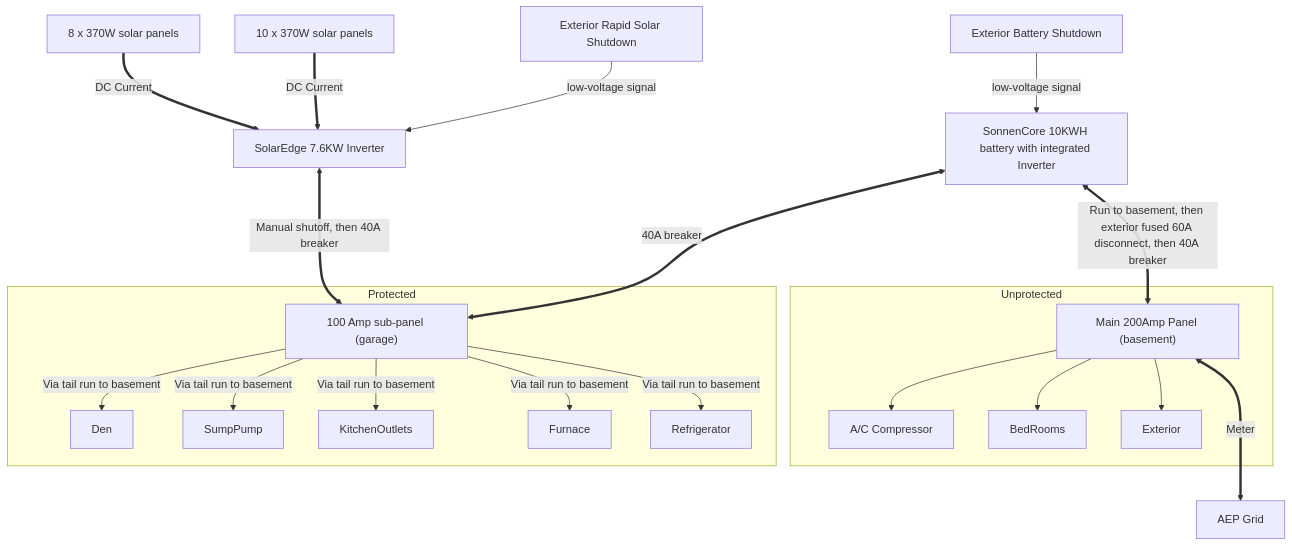
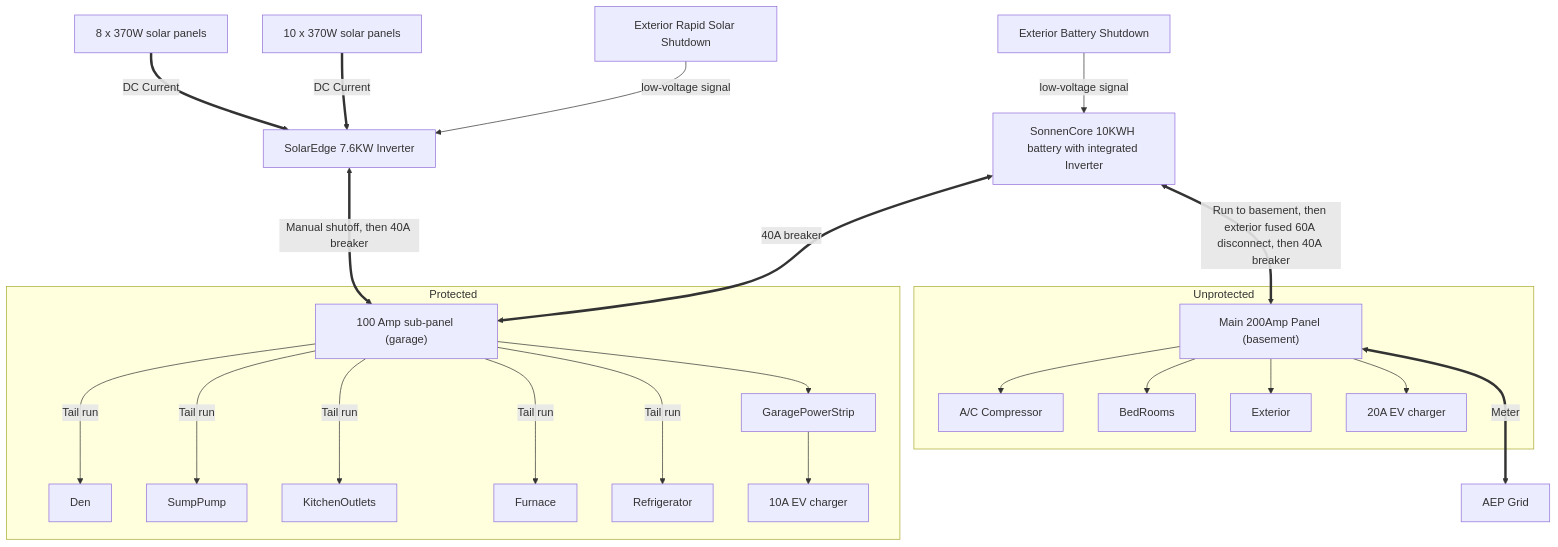
The seventh of 7 diagrams in solar.md (marshallflax/vision), drawn with Mermaid before and after one commit.

Commit message:
EV Chargers

````diff
--- a/solar.md
+++ b/solar.md
@@ -173,23 +173,26 @@
 ```mermaid
 graph TB;
  Panels1["8 x 370W solar panels"]==>|"DC Current"|Inverter
  Panels2["10 x 370W solar panels"]==>|"DC Current"|Inverter
  ExteriorRapidShutdown["Exterior Rapid Solar Shutdown"]-->|"low-voltage signal"|Inverter
  Inverter["SolarEdge 7.6KW Inverter"]<==>|Manual shutoff, then 40A breaker|ProtectedPanel["100 Amp sub-panel (garage)"]
  Sonnen<==>|"40A breaker"|ProtectedPanel
   subgraph Protected
-    ProtectedPanel-->|"Via tail run to basement"|Den
-    ProtectedPanel-->|"Via tail run to basement"|SumpPump
-    ProtectedPanel-->|"Via tail run to basement"|KitchenOutlets
-    ProtectedPanel-->|"Via tail run to basement"|Furnace
-    ProtectedPanel-->|"Via tail run to basement"|Refrigerator
+    ProtectedPanel--->|"Tail run"|Den
+    ProtectedPanel--->|"Tail run"|SumpPump
+    ProtectedPanel--->|"Tail run"|KitchenOutlets
+    ProtectedPanel--->|"Tail run"|Furnace
+    ProtectedPanel--->|"Tail run"|Refrigerator
+    ProtectedPanel-->GaragePowerStrip
+    GaragePowerStrip-->CarCharger10["10A EV charger"]
   end
  ExteriorBatteryShutdown["Exterior Battery Shutdown"]-->|"low-voltage signal"|Sonnen["SonnenCore 10KWH battery with integrated Inverter"]
  Sonnen<==>|"Run to basement, then exterior fused 60A disconnect, then 40A breaker"|MainPanel["Main 200Amp Panel (basement)"]
   subgraph Unprotected
     MainPanel-->AC["A/C Compressor"]
     MainPanel-->BedRooms
     MainPanel-->Exterior
+    MainPanel-->CarCharger["20A EV charger"]
   end
     MainPanel<===>|Meter|Grid["AEP Grid"]
 ```
````
